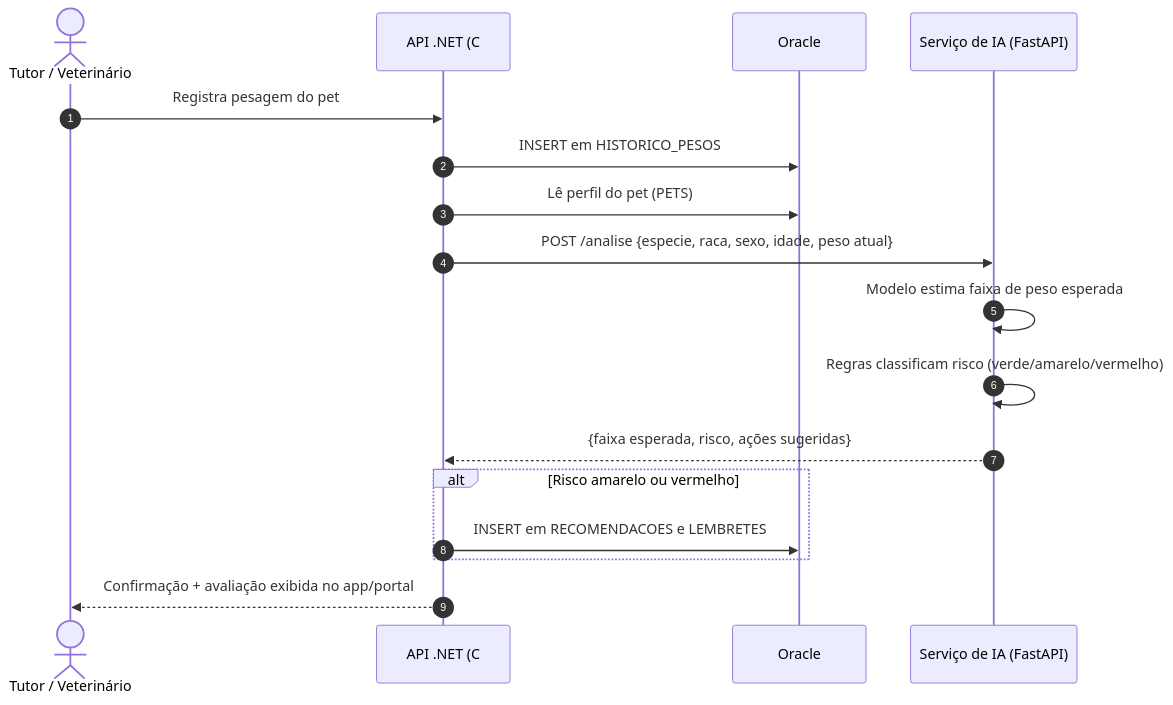
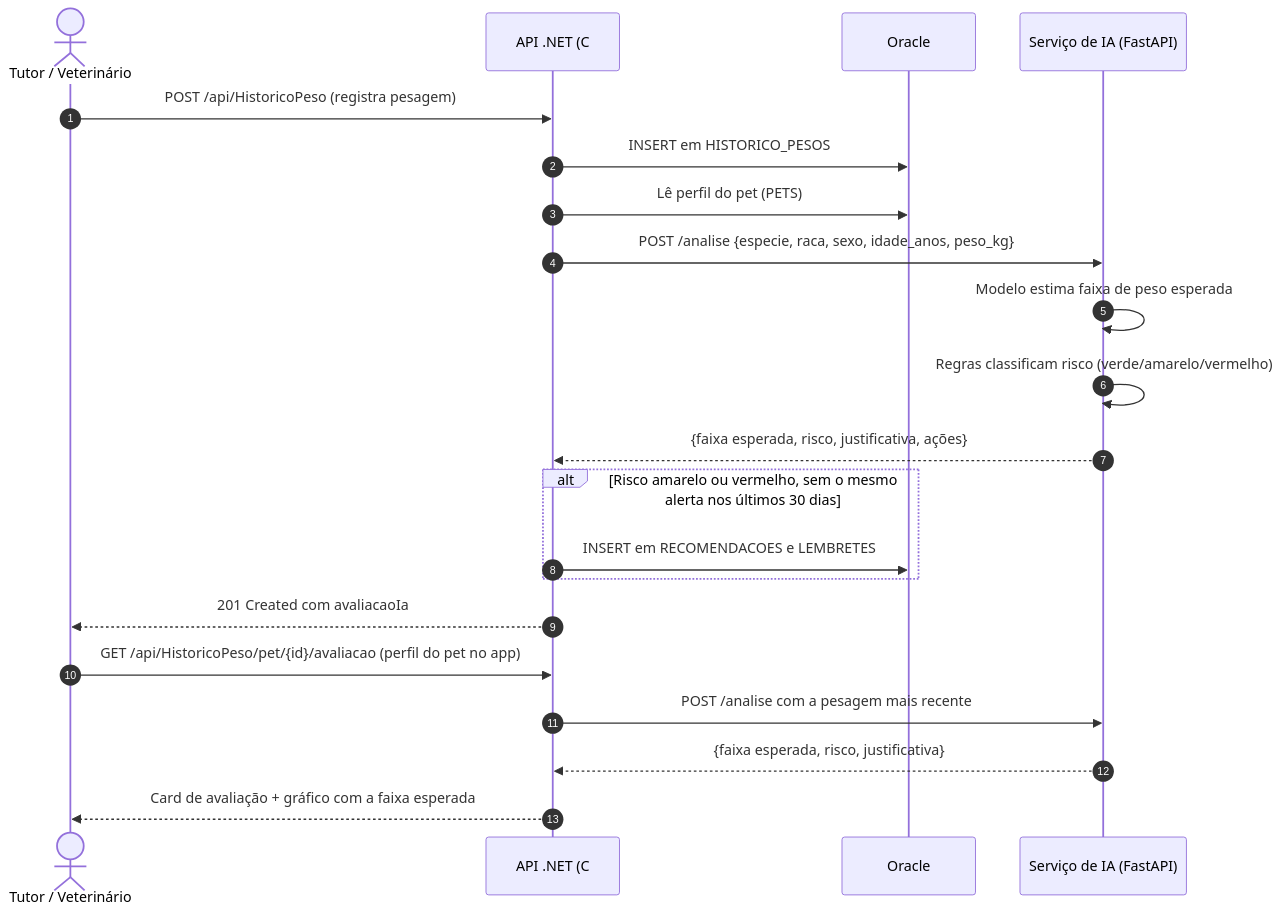
Before and after one commit to Driven-Soft/Fidelis-IOT-IA: the second of 2 diagrams in README.md, drawn with Mermaid. The commit also changed other lines of this file and 2 other files, not shown here.

Commit message:
docs: atualizado readme com implementação, resultados e evidências

````diff
--- a/README.md
+++ b/README.md
@@ -139,20 +276,24 @@
 ```mermaid
 sequenceDiagram
     autonumber
     actor U as Tutor / Veterinário
     participant API as API .NET (C#)
     participant DB as Oracle
     participant IA as Serviço de IA (FastAPI)
 
-    U->>API: Registra pesagem do pet
+    U->>API: POST /api/HistoricoPeso (registra pesagem)
     API->>DB: INSERT em HISTORICO_PESOS
     API->>DB: Lê perfil do pet (PETS)
-    API->>IA: POST /analise {especie, raca, sexo, idade, peso atual}
+    API->>IA: POST /analise {especie, raca, sexo, idade_anos, peso_kg}
     IA->>IA: Modelo estima faixa de peso esperada
     IA->>IA: Regras classificam risco (verde/amarelo/vermelho)
-    IA-->>API: {faixa esperada, risco, ações sugeridas}
-    alt Risco amarelo ou vermelho
+    IA-->>API: {faixa esperada, risco, justificativa, ações}
+    alt Risco amarelo ou vermelho, sem o mesmo alerta nos últimos 30 dias
         API->>DB: INSERT em RECOMENDACOES e LEMBRETES
     end
-    API-->>U: Confirmação + avaliação exibida no app/portal
+    API-->>U: 201 Created com avaliacaoIa
+    U->>API: GET /api/HistoricoPeso/pet/{id}/avaliacao (perfil do pet no app)
+    API->>IA: POST /analise com a pesagem mais recente
+    IA-->>API: {faixa esperada, risco, justificativa}
+    API-->>U: Card de avaliação + gráfico com a faixa esperada
 ```
````
